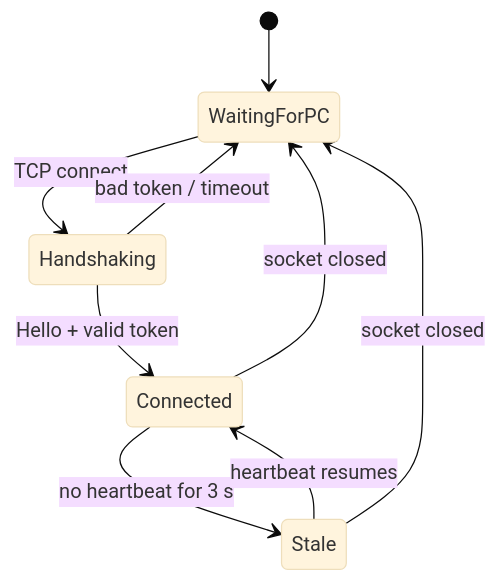
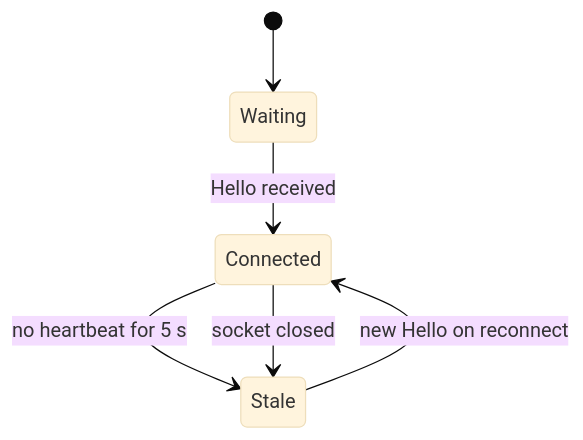
The third of 5 diagrams in documentation/ARCHITECTURE.md (Decker-Matthew-R/sentinel), drawn with Mermaid (base theme) before and after one commit. The commit also changed other lines of this file and 1 other file, not shown here.

Commit message:
Chore[#44]: add connection state machine to panel (Waiting → Connected → Stale)

````diff
--- a/documentation/ARCHITECTURE.md
+++ b/documentation/ARCHITECTURE.md
@@ -111,11 +111,8 @@
 ```mermaid
 stateDiagram-v2
-    [*] --> WaitingForPC
-    WaitingForPC --> Handshaking: TCP connect
-    Handshaking --> Connected: Hello + valid token
-    Handshaking --> WaitingForPC: bad token / timeout
-    Connected --> Stale: no heartbeat for 3 s
-    Stale --> Connected: heartbeat resumes
-    Stale --> WaitingForPC: socket closed
-    Connected --> WaitingForPC: socket closed
+    [*] --> Waiting
+    Waiting --> Connected: Hello received
+    Connected --> Stale: no heartbeat for 5 s
+    Connected --> Stale: socket closed
+    Stale --> Connected: new Hello on reconnect
 ```
````
